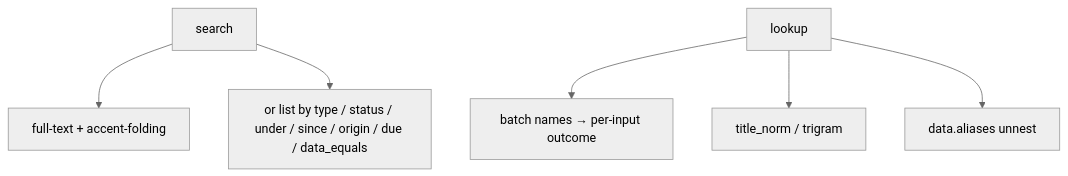
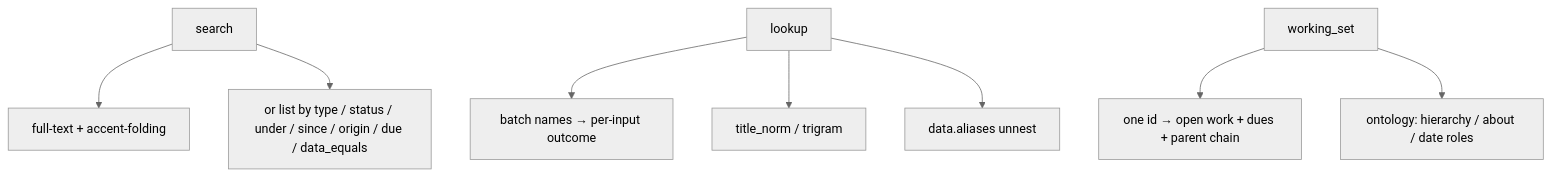
Before and after one commit to dgraziosi/foundation: the seventh of 10 diagrams in docs/ARCHITECTURE.md, drawn with Mermaid (neutral theme). The commit also changed other lines of this file and 6 other files, not shown here.

First line of the commit message:
docs: add working_set as the rooted MCP agenda read

````diff
--- a/docs/ARCHITECTURE.md
+++ b/docs/ARCHITECTURE.md
@@ -184,10 +186,13 @@
 ```mermaid
 flowchart TB
   search_box["search"]
   search_box --> fts["full-text + accent-folding"]
   search_box --> list_or_filter["or list by type / status / under / since / origin / due / data_equals"]
   lookup_box["lookup"]
   lookup_box --> names["batch names → per-input outcome"]
   lookup_box --> title_idx["title_norm / trigram"]
   lookup_box --> aliases["data.aliases unnest"]
+  working_set_box["working_set"]
+  working_set_box --> rooted["one id → open work + dues + parent chain"]
+  working_set_box --> ontology_walk["ontology: hierarchy / about / date roles"]
 ```
````
